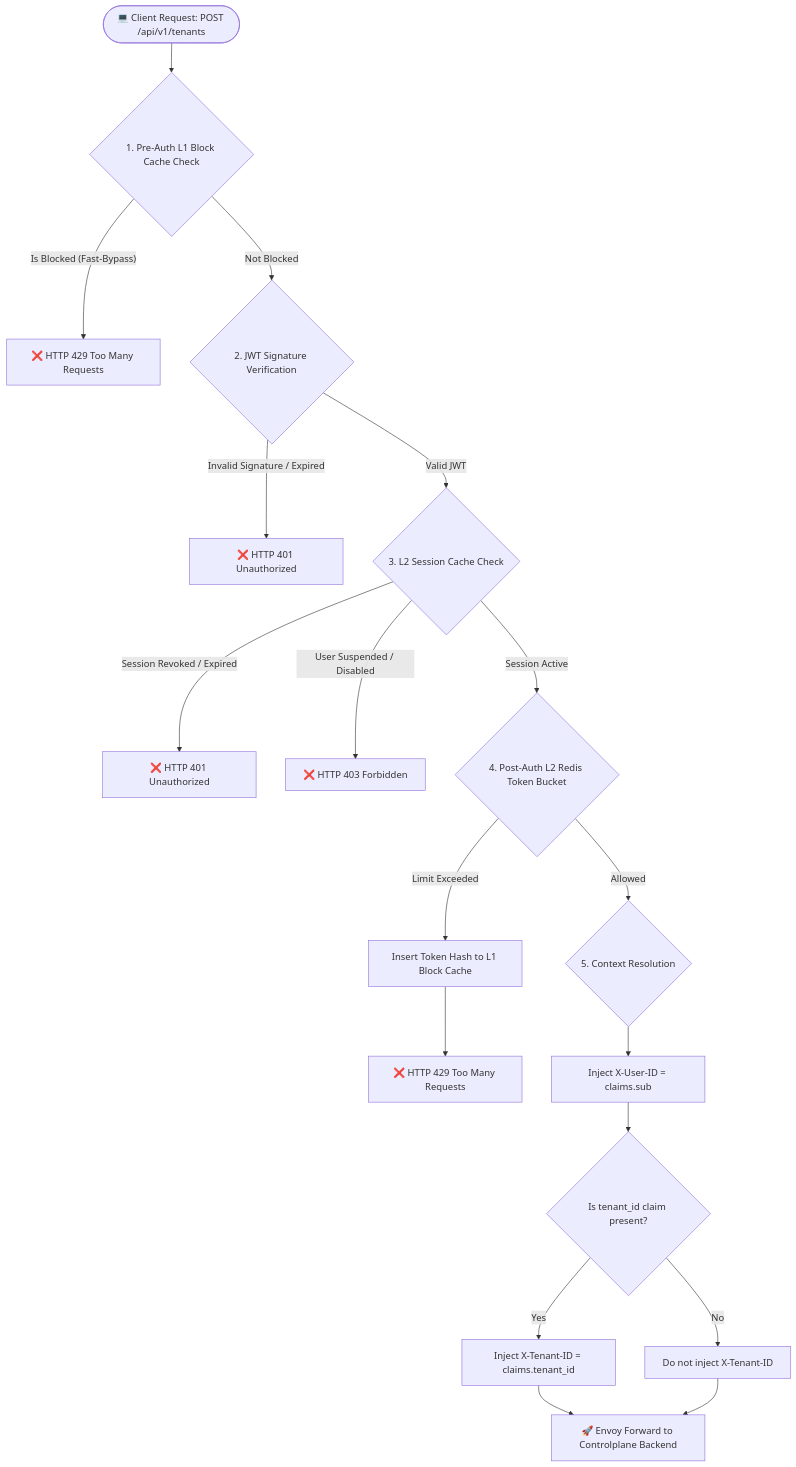
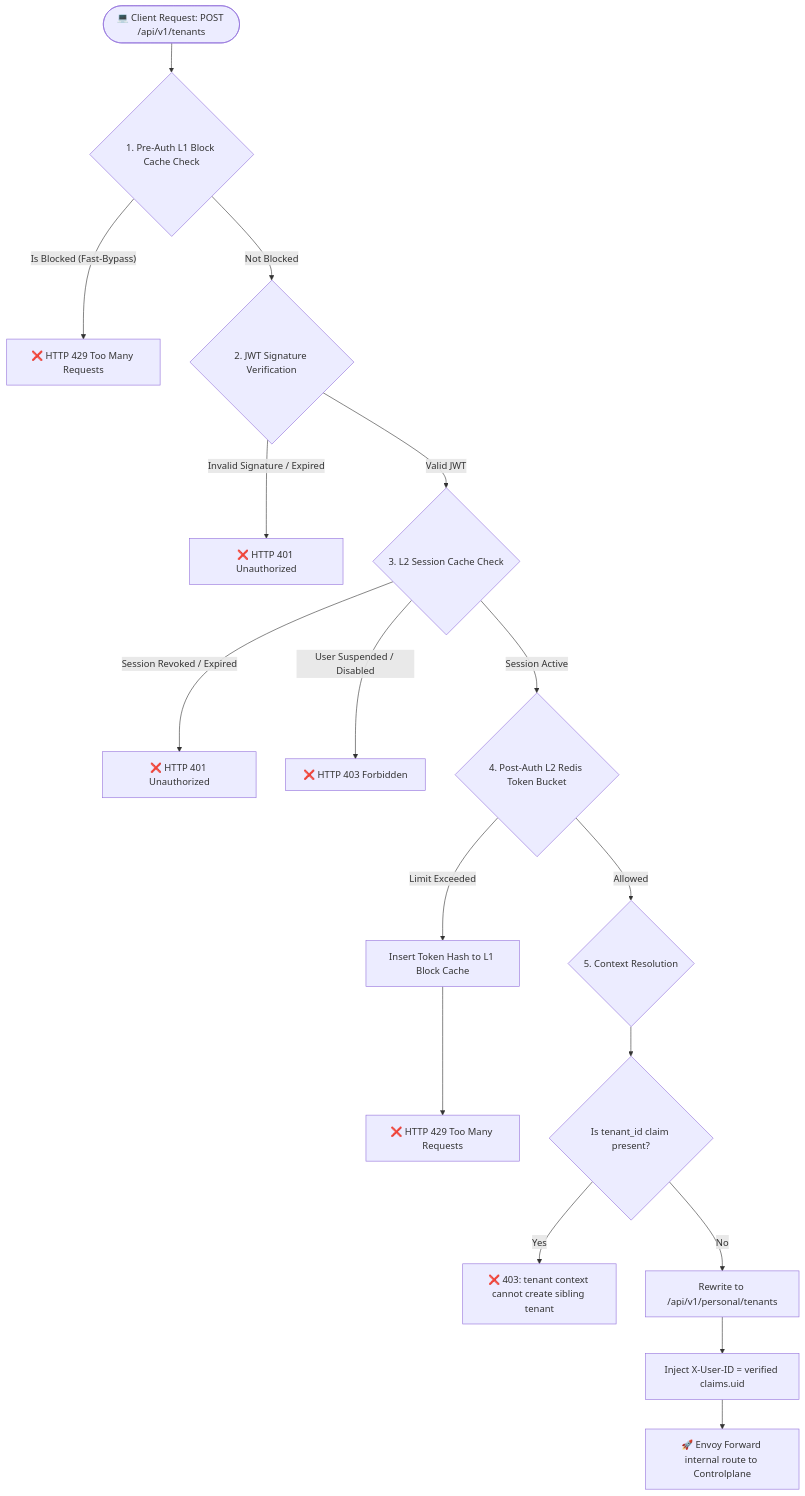
The first of 2 diagrams in god_view/hierarchy/create_tenant_god_view.md (phucle996/aurora), drawn with Mermaid before and after one commit. The commit also changed other lines of this file and 20 other files, not shown here.

````diff
--- a/god_view/hierarchy/create_tenant_god_view.md
+++ b/god_view/hierarchy/create_tenant_god_view.md
@@ -29,34 +29,33 @@
 ```mermaid
 graph TD
     %% Define Nodes
     Start([💻 Client Request: POST /api/v1/tenants]) --> L1Check{1. Pre-Auth L1 Block Cache Check}
     
     %% L1 Fast Bypass Branch
     L1Check -- Is Blocked (Fast-Bypass) --> Err429A[❌ HTTP 429 Too Many Requests]
     L1Check -- Not Blocked --> TokenVerify{2. JWT Signature Verification}
     
     %% Branch: Cryptographic Verification
     TokenVerify -- Invalid Signature / Expired --> Err401A[❌ HTTP 401 Unauthorized]
     TokenVerify -- Valid JWT --> SessionCheck{3. L2 Session Cache Check}
     
     %% Branch: Session Check
     SessionCheck -- Session Revoked / Expired --> Err401B[❌ HTTP 401 Unauthorized]
     SessionCheck -- User Suspended / Disabled --> Err403[❌ HTTP 403 Forbidden]
     SessionCheck -- Session Active --> L2Check{4. Post-Auth L2 Redis Token Bucket}
     
     %% Branch: L2 Token Bucket Check
     L2Check -- Limit Exceeded --> AddL1[Insert Token Hash to L1 Block Cache]
     AddL1 --> Err429B[❌ HTTP 429 Too Many Requests]
     
     L2Check -- Allowed --> ContextResolve{5. Context Resolution}
     
     %% Context Resolution & Header Injection
-    ContextResolve --> InjectUser[Inject X-User-ID = claims.sub]
-    InjectUser --> CheckTenant{Is tenant_id claim present?}
+    ContextResolve --> CheckTenant{Is tenant_id claim present?}
     
-    CheckTenant -- Yes --> InjectTenant[Inject X-Tenant-ID = claims.tenant_id]
-    CheckTenant -- No --> NoTenant[Do not inject X-Tenant-ID]
+    CheckTenant -- Yes --> RejectTenant[❌ 403: tenant context cannot create sibling tenant]
+    CheckTenant -- No --> RewritePersonal[Rewrite to /api/v1/personal/tenants]
     
-    InjectTenant --> Forward[🚀 Envoy Forward to Controlplane Backend]
-    NoTenant --> Forward
+    RewritePersonal --> InjectUser[Inject X-User-ID = verified claims.uid]
+    InjectUser --> Forward[🚀 Envoy Forward internal route to Controlplane]
 ```
````
